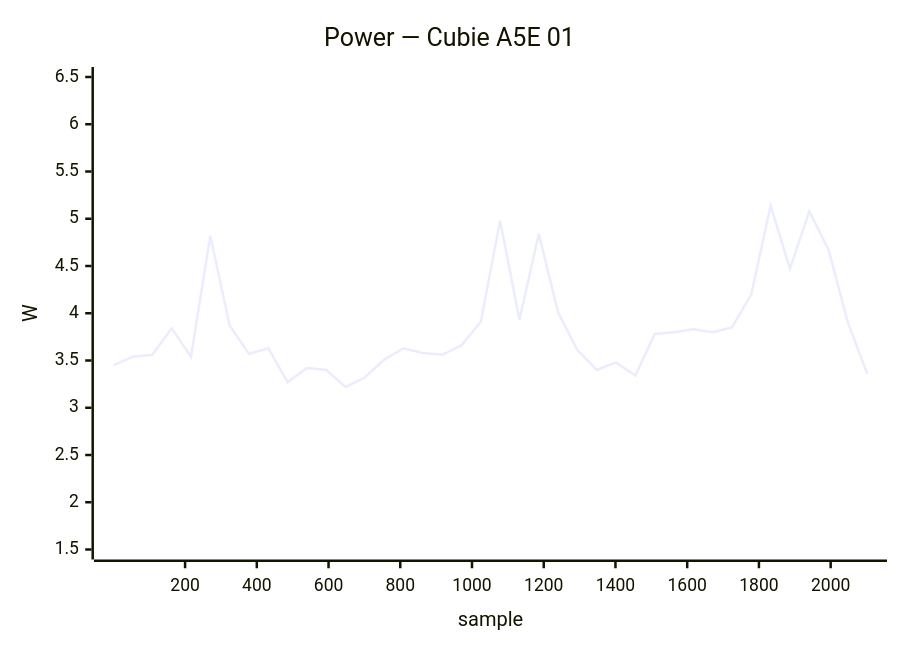
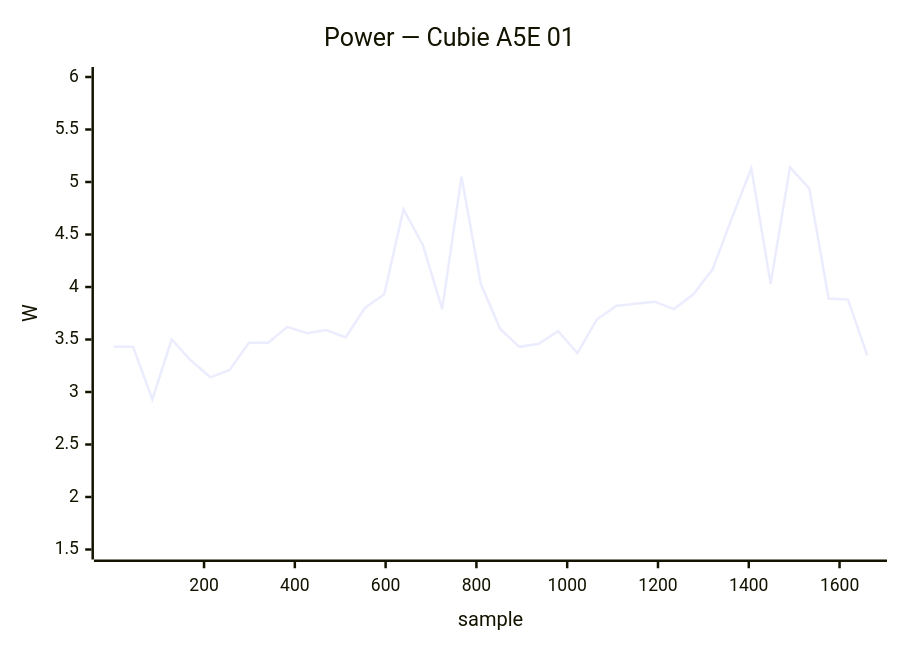
One commit to armbian/documentation changed diagram 12 of 34 in docs/status/board-tests.md. Above: the diagram before and after it, drawn with Mermaid. The commit also changed other lines of this file, not shown here.

````diff
--- a/docs/status/board-tests.md
+++ b/docs/status/board-tests.md
@@ -543,7 +510,7 @@
 ```mermaid
 xychart-beta
     title "Power — Cubie A5E 01"
-    x-axis "sample" 1 --> 2102
-    y-axis "W" 1.5 --> 6.5
-    line [3.45, 3.54, 3.56, 3.84, 3.54, 4.82, 3.87, 3.57, 3.63, 3.27, 3.42, 3.40, 3.22, 3.32, 3.51, 3.63, 3.58, 3.56, 3.66, 3.91, 4.98, 3.93, 4.84, 4.01, 3.61, 3.40, 3.48, 3.34, 3.78, 3.80, 3.83, 3.80, 3.85, 4.20, 5.14, 4.47, 5.08, 4.67, 3.90, 3.36]
+    x-axis "sample" 1 --> 1661
+    y-axis "W" 1.5 --> 6.0
+    line [3.43, 3.43, 2.93, 3.50, 3.30, 3.14, 3.21, 3.47, 3.47, 3.62, 3.56, 3.59, 3.52, 3.80, 3.93, 4.74, 4.40, 3.79, 5.05, 4.03, 3.60, 3.43, 3.46, 3.58, 3.37, 3.69, 3.82, 3.84, 3.86, 3.79, 3.93, 4.17, 4.66, 5.13, 4.03, 5.14, 4.94, 3.89, 3.88, 3.35]
 ```
````
